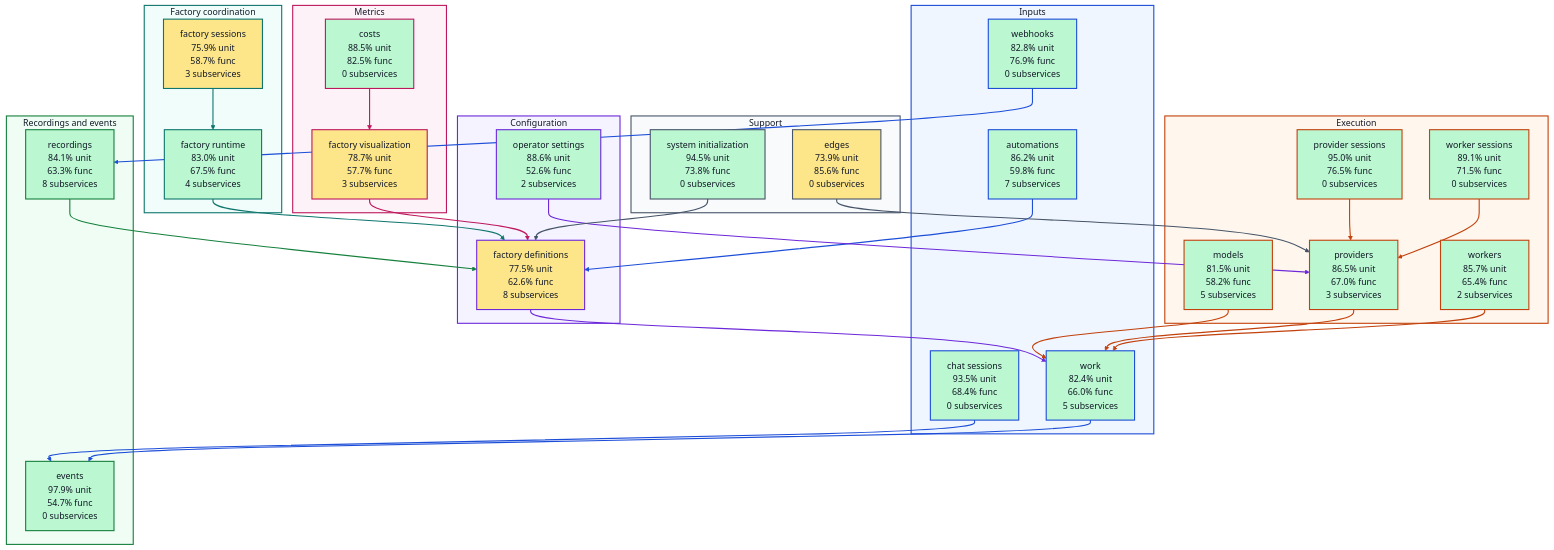
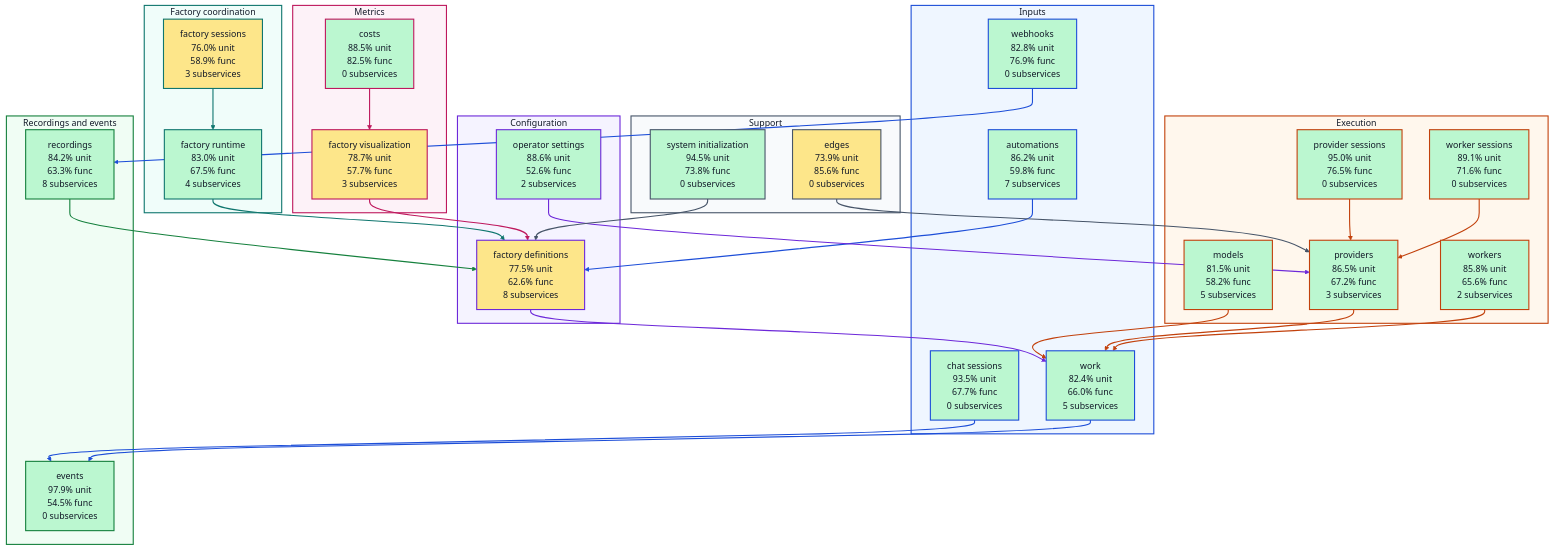
Before and after one commit to portpowered/you-agent-factory: the diagram in docs/architecture/visualizations/high-level-test-coverage.md, drawn with Mermaid. The commit also changed other lines of this file and 20 other files, not shown here.

Commit message:
docs: refresh backend architecture visualizations

```diff
--- a/docs/architecture/visualizations/high-level-test-coverage.md
+++ b/docs/architecture/visualizations/high-level-test-coverage.md
@@ -12,7 +12,7 @@
 flowchart TB
   subgraph input["Inputs"]
     s_services_automations["automations<br/>86.2% unit<br/>59.8% func<br/>7 subservices"]
-    s_services_chat_sessions["chat sessions<br/>93.5% unit<br/>68.4% func<br/>0 subservices"]
+    s_services_chat_sessions["chat sessions<br/>93.5% unit<br/>67.7% func<br/>0 subservices"]
     s_services_webhooks["webhooks<br/>82.8% unit<br/>76.9% func<br/>0 subservices"]
     s_services_work["work<br/>82.4% unit<br/>66.0% func<br/>5 subservices"]
   end
@@ -22,18 +22,18 @@
   end
   subgraph coordination["Factory coordination"]
     s_services_factory_runtime["factory runtime<br/>83.0% unit<br/>67.5% func<br/>4 subservices"]
-    s_services_factory_sessions["factory sessions<br/>75.9% unit<br/>58.7% func<br/>3 subservices"]
+    s_services_factory_sessions["factory sessions<br/>76.0% unit<br/>58.9% func<br/>3 subservices"]
   end
   subgraph execution["Execution"]
     s_services_models["models<br/>81.5% unit<br/>58.2% func<br/>5 subservices"]
     s_services_provider_sessions["provider sessions<br/>95.0% unit<br/>76.5% func<br/>0 subservices"]
-    s_services_providers["providers<br/>86.5% unit<br/>67.0% func<br/>3 subservices"]
-    s_services_worker_sessions["worker sessions<br/>89.1% unit<br/>71.5% func<br/>0 subservices"]
-    s_services_workers["workers<br/>85.7% unit<br/>65.4% func<br/>2 subservices"]
+    s_services_providers["providers<br/>86.5% unit<br/>67.2% func<br/>3 subservices"]
+    s_services_worker_sessions["worker sessions<br/>89.1% unit<br/>71.6% func<br/>0 subservices"]
+    s_services_workers["workers<br/>85.8% unit<br/>65.6% func<br/>2 subservices"]
   end
   subgraph recordings["Recordings and events"]
-    s_services_events["events<br/>97.9% unit<br/>54.7% func<br/>0 subservices"]
-    s_services_recordings["recordings<br/>84.1% unit<br/>63.3% func<br/>8 subservices"]
+    s_services_events["events<br/>97.9% unit<br/>54.5% func<br/>0 subservices"]
+    s_services_recordings["recordings<br/>84.2% unit<br/>63.3% func<br/>8 subservices"]
   end
   subgraph metrics["Metrics"]
     s_services_costs["costs<br/>88.5% unit<br/>82.5% func<br/>0 subservices"]
```
